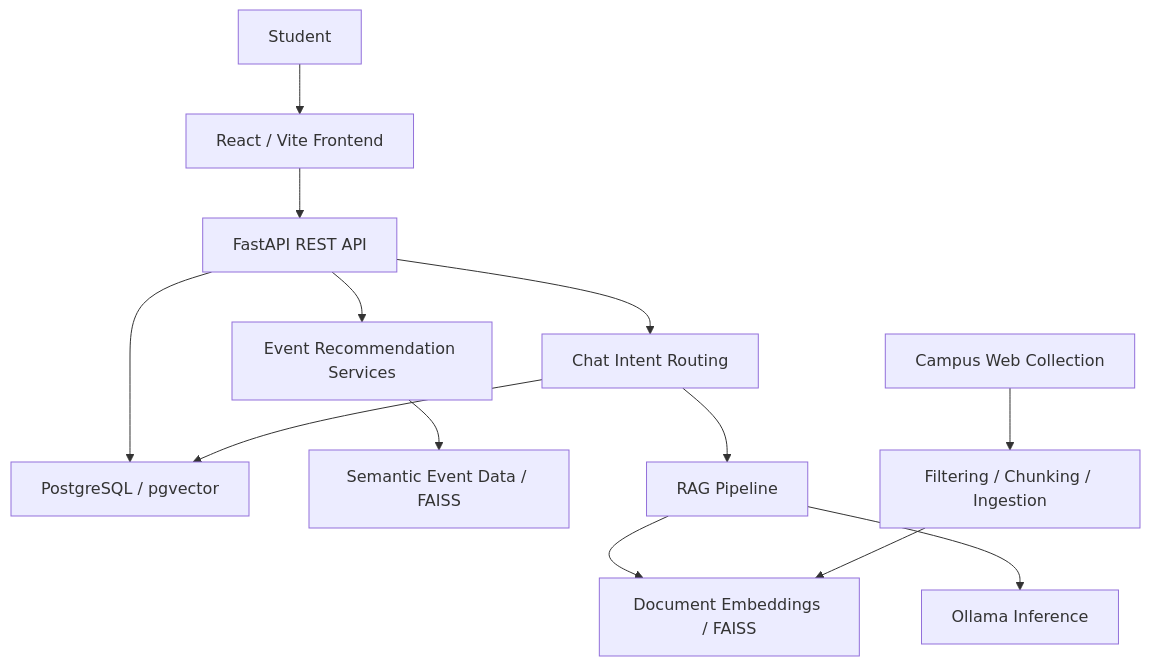
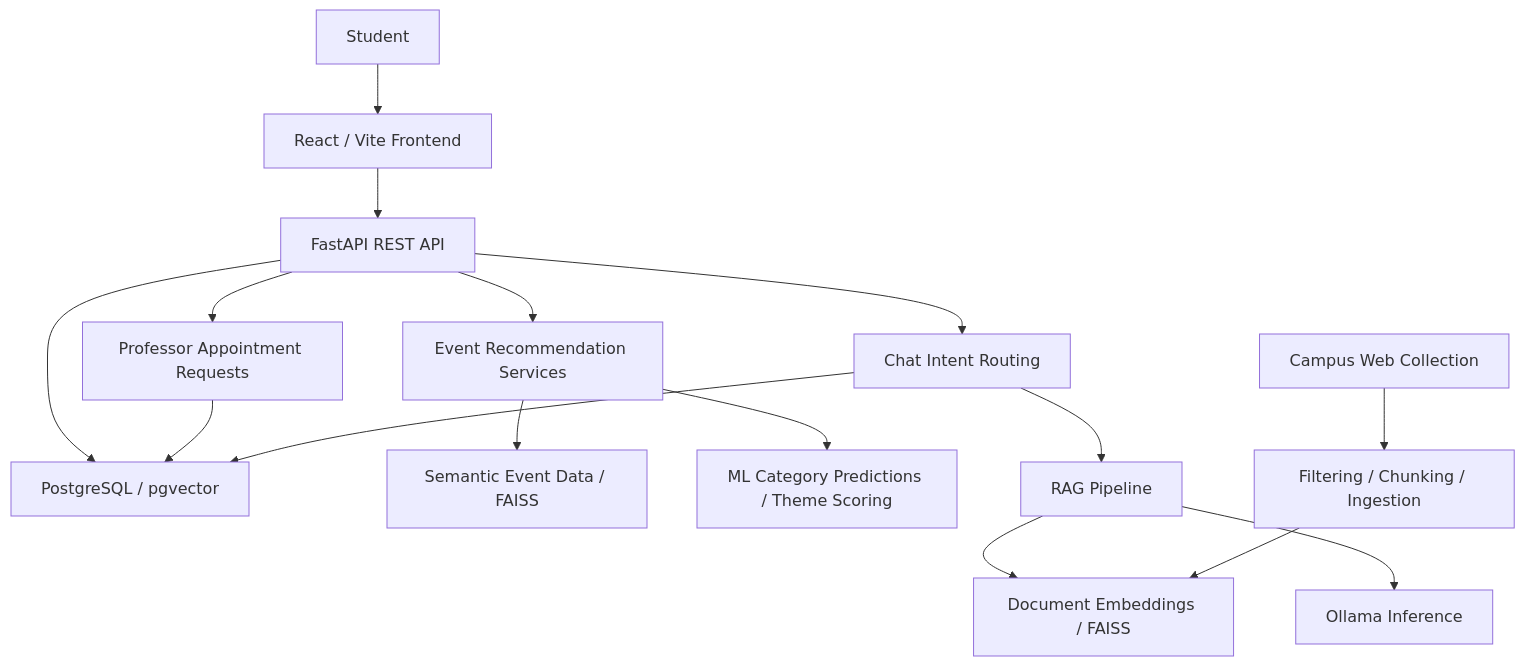
The diagram in README.md (calculusRabbit/Smart_Campus_Assistant), drawn with Mermaid before and after one commit. The commit also changed other lines of this file, not shown here.

````diff
--- a/README.md
+++ b/README.md
@@ -66,15 +70,18 @@
 ```mermaid
 flowchart TD
     Student[Student] --> Frontend[React / Vite Frontend]
     Frontend --> API[FastAPI REST API]
     API --> Database[PostgreSQL / pgvector]
     API --> Recommendations[Event Recommendation Services]
     Recommendations --> EventIndex[Semantic Event Data / FAISS]
+    Recommendations --> ML[ML Category Predictions / Theme Scoring]
+    API --> Appointments[Professor Appointment Requests]
+    Appointments --> Database
     API --> Chat[Chat Intent Routing]
     Chat --> Database
     Chat --> RAG[RAG Pipeline]
     RAG --> Retrieval[Document Embeddings / FAISS]
     RAG --> Ollama[Ollama Inference]
     Collection[Campus Web Collection] --> Processing[Filtering / Chunking / Ingestion]
     Processing --> Retrieval
 ```
````
